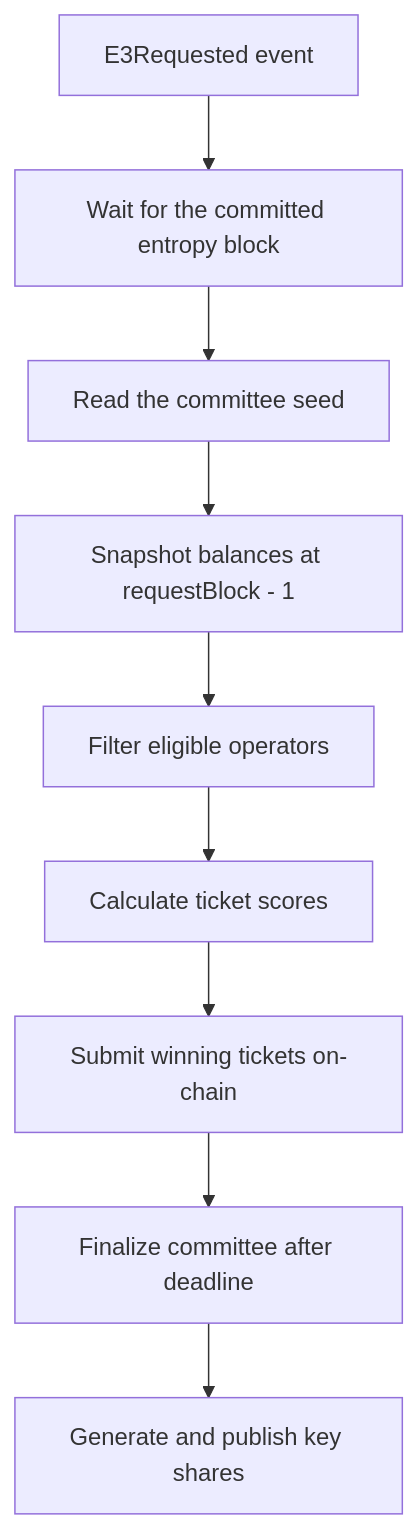
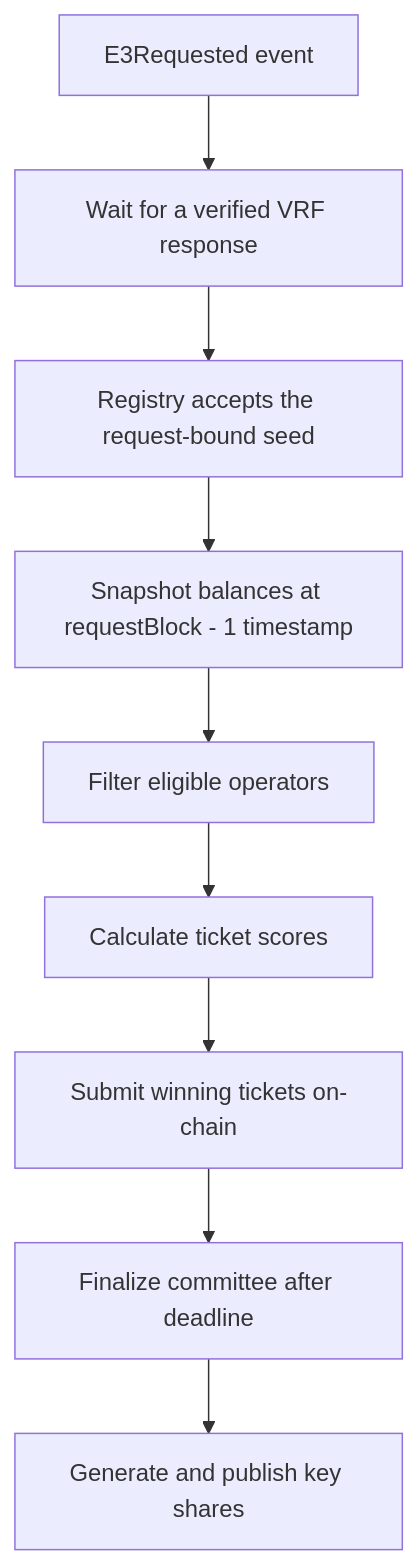
Before and after one commit to auryn-macmillan/enclave: the diagram in docs/pages/ciphernode-operators/tickets-and-sortition.mdx, drawn with Mermaid. The commit also changed other lines of this file and 114 other files, not shown here.

````diff
--- a/docs/pages/ciphernode-operators/tickets-and-sortition.mdx
+++ b/docs/pages/ciphernode-operators/tickets-and-sortition.mdx
@@ -89,11 +89,11 @@
 ```mermaid
 flowchart TD
-    A[E3Requested event] --> B[Wait for the committed entropy block]
-    B --> C[Read the committee seed]
-    C --> D[Snapshot balances at requestBlock - 1]
+    A[E3Requested event] --> B[Wait for a verified VRF response]
+    B --> C[Registry accepts the request-bound seed]
+    C --> D[Snapshot balances at requestBlock - 1 timestamp]
     D --> E[Filter eligible operators]
     E --> F[Calculate ticket scores]
     F --> G[Submit winning tickets on-chain]
     G --> H[Finalize committee after deadline]
     H --> I[Generate and publish key shares]
 ```
````
